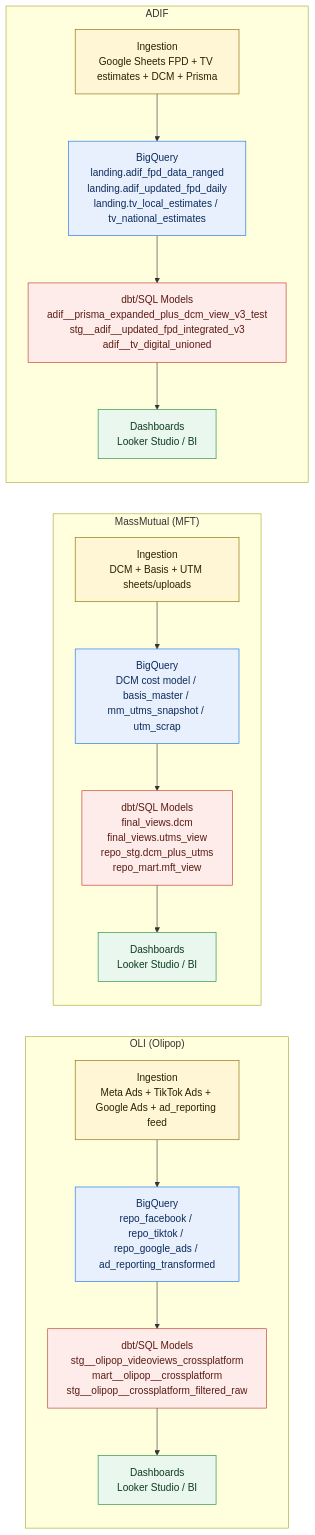
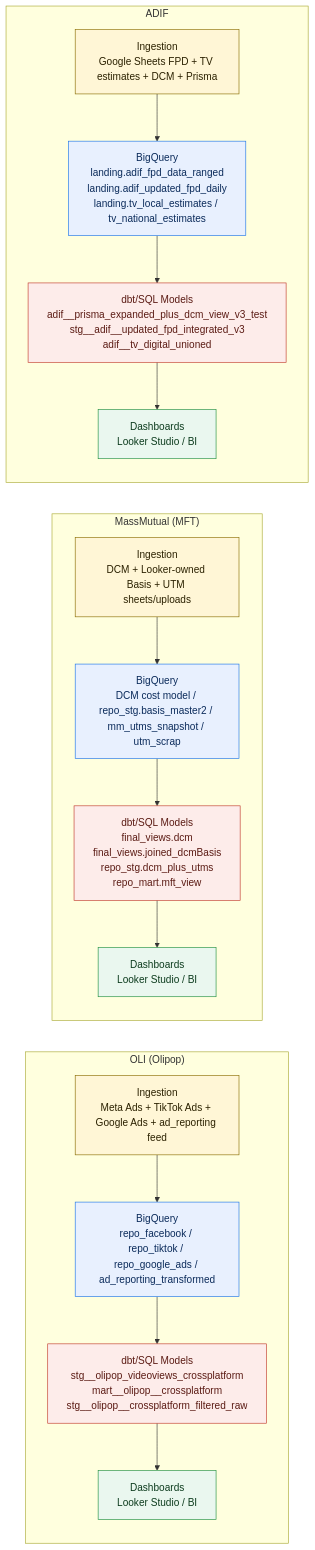
Before and after one commit to genetsen/looker_personal: the diagram in docs/DATA_FLOW_DIAGRAMS.md, drawn with Mermaid. The commit also changed other lines of this file and 28 other files, not shown here.

````diff
--- a/docs/DATA_FLOW_DIAGRAMS.md
+++ b/docs/DATA_FLOW_DIAGRAMS.md
@@ -6,30 +6,30 @@
 ```mermaid
 flowchart LR
   classDef ingest fill:#FFF6D6,stroke:#8A6D00,color:#2B2100
   classDef bq fill:#E8F0FE,stroke:#1A73E8,color:#0B2B5B
   classDef dbt fill:#FDECEA,stroke:#C0392B,color:#5B1B14
   classDef dash fill:#EAF7EF,stroke:#1E8E3E,color:#0D3C1E
 
   subgraph OLI["OLI (Olipop)"]
     OLI_I["Ingestion<br/>Meta Ads + TikTok Ads + Google Ads + ad_reporting feed"] --> OLI_BQ["BigQuery<br/>repo_facebook / repo_tiktok / repo_google_ads / ad_reporting_transformed"]
     OLI_BQ --> OLI_DBT["dbt/SQL Models<br/>stg__olipop_videoviews_crossplatform<br/>mart__olipop__crossplatform<br/>stg__olipop__crossplatform_filtered_raw"]
     OLI_DBT --> OLI_DASH["Dashboards<br/>Looker Studio / BI"]
   end
 
   subgraph MFT["MassMutual (MFT)"]
-    MFT_I["Ingestion<br/>DCM + Basis + UTM sheets/uploads"] --> MFT_BQ["BigQuery<br/>DCM cost model / basis_master / mm_utms_snapshot / utm_scrap"]
-    MFT_BQ --> MFT_DBT["dbt/SQL Models<br/>final_views.dcm<br/>final_views.utms_view<br/>repo_stg.dcm_plus_utms<br/>repo_mart.mft_view"]
+    MFT_I["Ingestion<br/>DCM + Looker-owned Basis + UTM sheets/uploads"] --> MFT_BQ["BigQuery<br/>DCM cost model / repo_stg.basis_master2 / mm_utms_snapshot / utm_scrap"]
+    MFT_BQ --> MFT_DBT["dbt/SQL Models<br/>final_views.dcm<br/>final_views.joined_dcmBasis<br/>repo_stg.dcm_plus_utms<br/>repo_mart.mft_view"]
     MFT_DBT --> MFT_DASH["Dashboards<br/>Looker Studio / BI"]
   end
 
   subgraph ADIF["ADIF"]
     ADIF_I["Ingestion<br/>Google Sheets FPD + TV estimates + DCM + Prisma"] --> ADIF_BQ["BigQuery<br/>landing.adif_fpd_data_ranged<br/>landing.adif_updated_fpd_daily<br/>landing.tv_local_estimates / tv_national_estimates"]
     ADIF_BQ --> ADIF_DBT["dbt/SQL Models<br/>adif__prisma_expanded_plus_dcm_view_v3_test<br/>stg__adif__updated_fpd_integrated_v3<br/>adif__tv_digital_unioned"]
     ADIF_DBT --> ADIF_DASH["Dashboards<br/>Looker Studio / BI"]
   end
 
   class OLI_I,MFT_I,ADIF_I ingest
   class OLI_BQ,MFT_BQ,ADIF_BQ bq
   class OLI_DBT,MFT_DBT,ADIF_DBT dbt
   class OLI_DASH,MFT_DASH,ADIF_DASH dash
 ```
````
